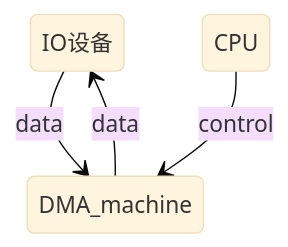
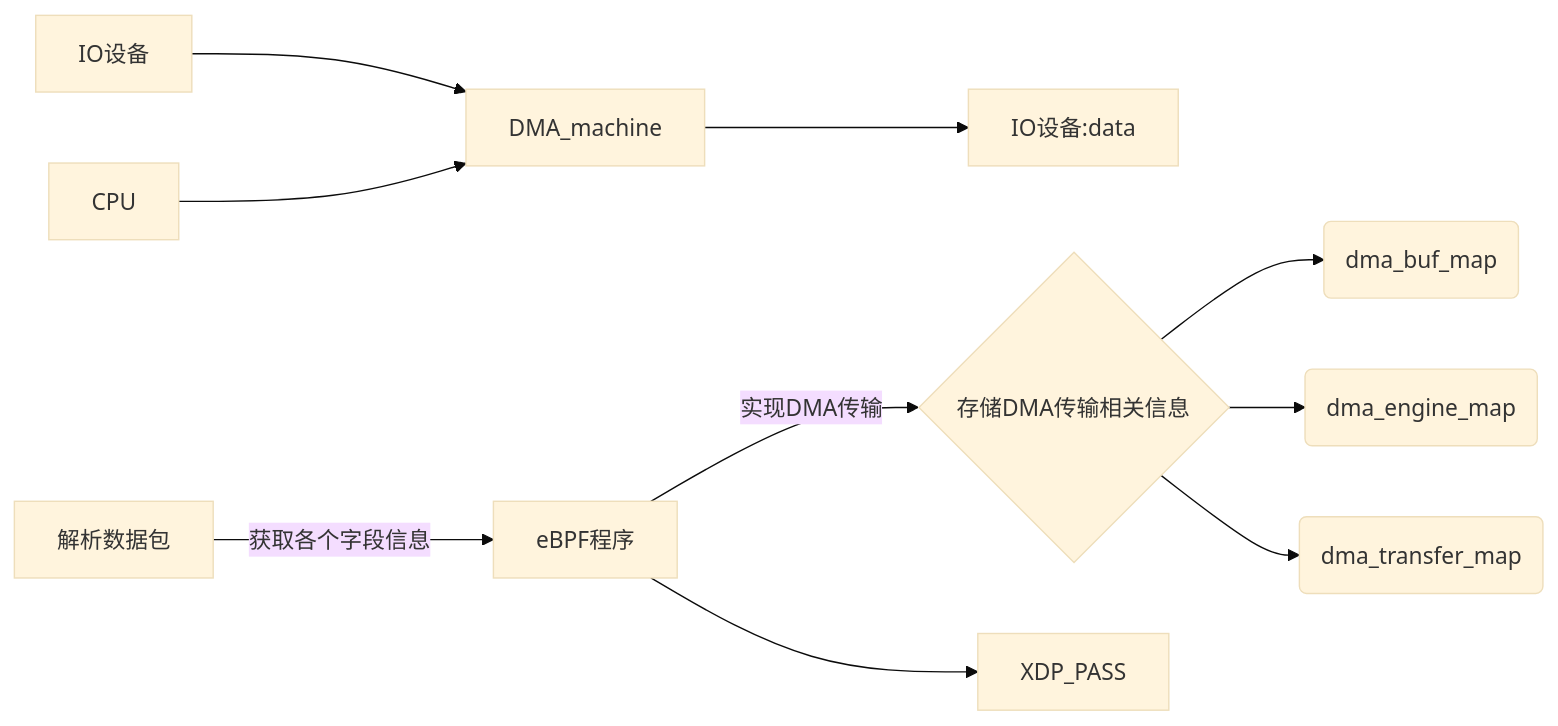
The second of 2 diagrams in docs/4.9 可行性分析/Feasibility_lzc.md (OSH-2023/x-FutureWithinBuzzyBees), drawn with Mermaid (base theme) before and after one commit. The commit also changed other lines of this file and 1 other file, not shown here.

````diff
--- a/docs/4.9 可行性分析/Feasibility_lzc.md
+++ b/docs/4.9 可行性分析/Feasibility_lzc.md
@@ -44,6 +36,12 @@
 ```mermaid
-stateDiagram
-    IO设备 --> DMA_machine :data
-    CPU -->  DMA_machine :control
-	DMA_machine  --> IO设备:data
+    graph LR
+    IO设备 --> DMA_machine
+    CPU --> DMA_machine
+    DMA_machine --> IO设备:data
+    A[解析数据包] -- 获取各个字段信息 --> B[eBPF程序]
+    B -- 实现DMA传输 --> C{存储DMA传输相关信息}
+    C --> D(dma_buf_map)
+    C --> E(dma_engine_map)
+    C --> F(dma_transfer_map)
+    B --> G[XDP_PASS]
 ```
````
